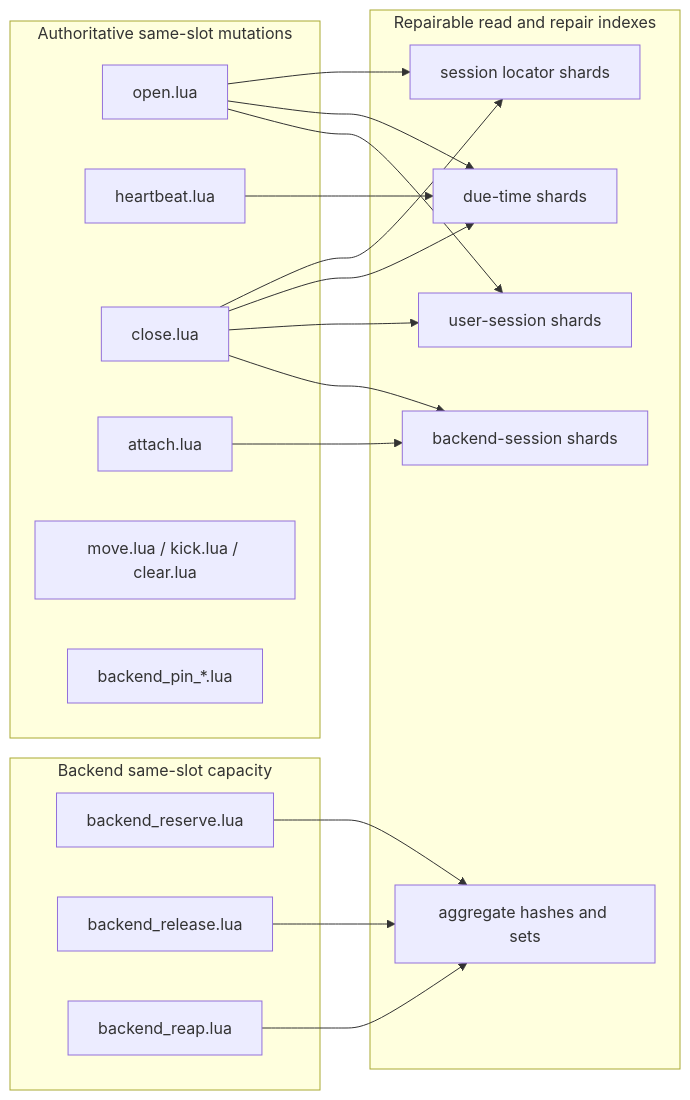
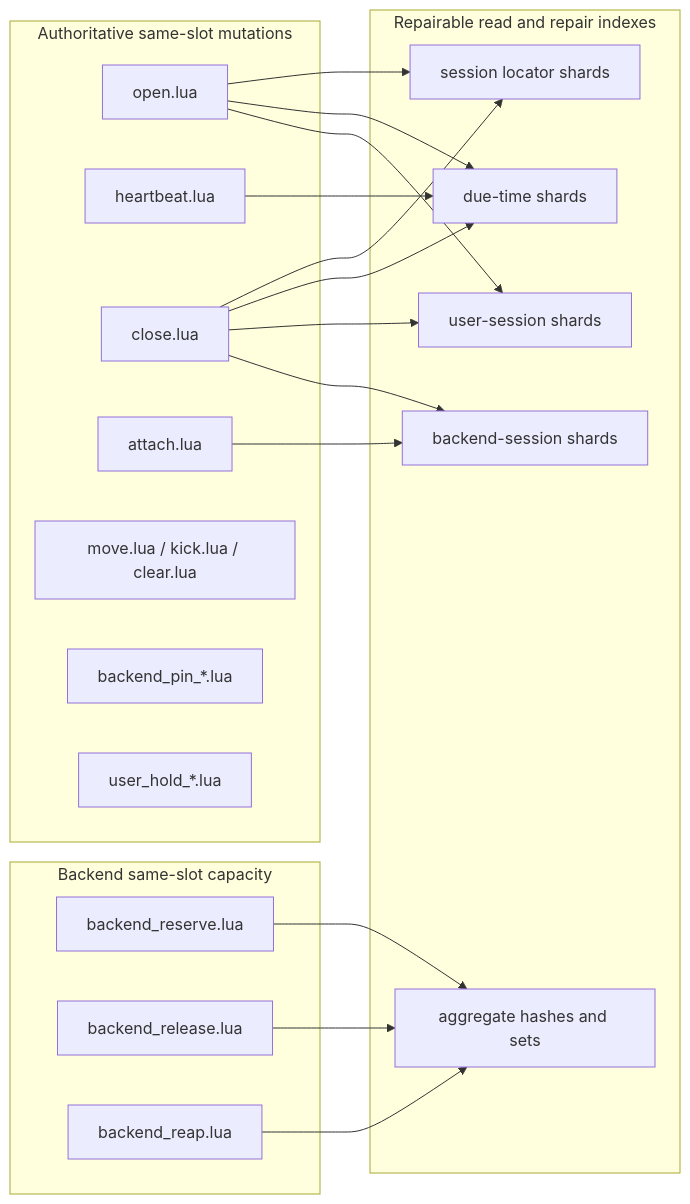
Before and after one commit to croessner/nauthilus-director: the second of 7 diagrams in docs/developer/AFFINITY_SESSION_HANDLING.md, drawn with Mermaid. The commit also changed other lines of this file and 8 other files, not shown here.

First line of the commit message:
Add: Redis-backed user placement hold state

````diff
--- a/docs/developer/AFFINITY_SESSION_HANDLING.md
+++ b/docs/developer/AFFINITY_SESSION_HANDLING.md
@@ -117,38 +135,39 @@
 ```mermaid
 flowchart LR
     subgraph "Authoritative same-slot mutations"
         A1["open.lua"]
         A2["heartbeat.lua"]
         A3["close.lua"]
         A4["attach.lua"]
         A5["move.lua / kick.lua / clear.lua"]
         A6["backend_pin_*.lua"]
+        A7["user_hold_*.lua"]
     end
 
     subgraph "Backend same-slot capacity"
         B1["backend_reserve.lua"]
         B2["backend_release.lua"]
         B3["backend_reap.lua"]
     end
 
     subgraph "Repairable read and repair indexes"
         I1["session locator shards"]
         I2["due-time shards"]
         I3["user-session shards"]
         I4["backend-session shards"]
         I5["aggregate hashes and sets"]
     end
 
     A1 --> I1
     A1 --> I2
     A1 --> I3
     A4 --> I4
     A2 --> I2
     A3 --> I1
     A3 --> I2
     A3 --> I3
     A3 --> I4
     B1 --> I5
     B2 --> I5
     B3 --> I5
 ```
````
